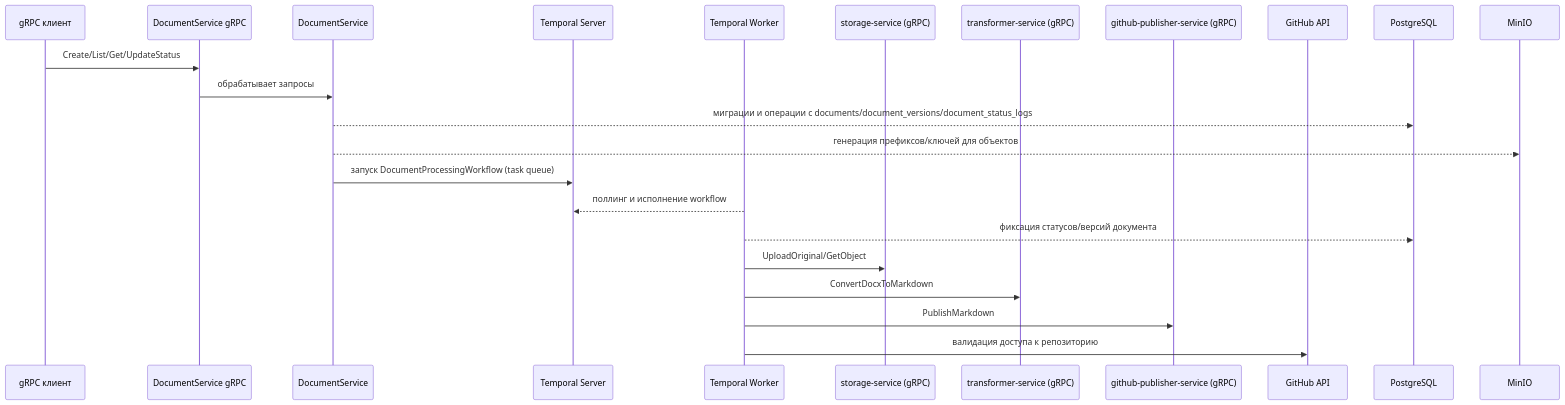
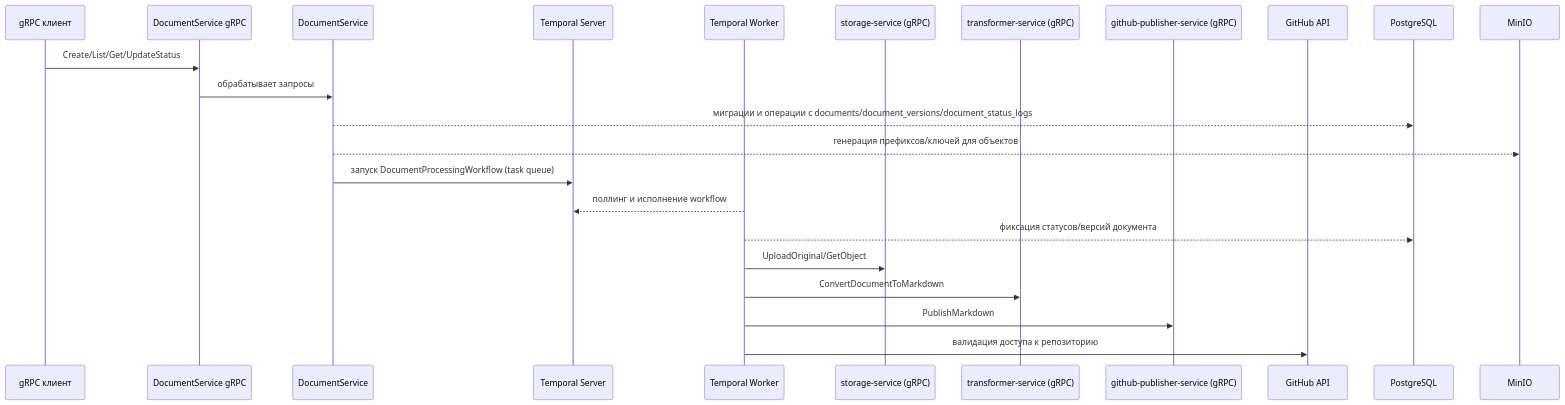
One commit to FedorovTeam/mono-repo changed the diagram in backend/document-service/infrastructure.md. Above: the diagram before and after it, drawn with Mermaid. The commit also changed 18 other files, not shown here.

````diff
--- a/backend/document-service/infrastructure.md
+++ b/backend/document-service/infrastructure.md
@@ -3,26 +3,26 @@
 ```mermaid
 sequenceDiagram
     participant Client as gRPC клиент
     participant GRPC as DocumentService gRPC
     participant Service as DocumentService
     participant Temporal as Temporal Server
     participant Worker as Temporal Worker
     participant Storage as storage-service (gRPC)
     participant Transformer as transformer-service (gRPC)
     participant Publisher as github-publisher-service (gRPC)
     participant GitHub as GitHub API
     participant DB as PostgreSQL
     participant MinIO as MinIO
 
     Client->>GRPC: Create/List/Get/UpdateStatus
     GRPC->>Service: обрабатывает запросы
     Service-->>DB: миграции и операции с documents/document_versions/document_status_logs
     Service-->>MinIO: генерация префиксов/ключей для объектов
     Service->>Temporal: запуск DocumentProcessingWorkflow (task queue)
     Worker-->>Temporal: поллинг и исполнение workflow
     Worker-->>DB: фиксация статусов/версий документа
     Worker->>Storage: UploadOriginal/GetObject
-    Worker->>Transformer: ConvertDocxToMarkdown
+    Worker->>Transformer: ConvertDocumentToMarkdown
     Worker->>Publisher: PublishMarkdown
     Worker->>GitHub: валидация доступа к репозиторию
 ```
````
